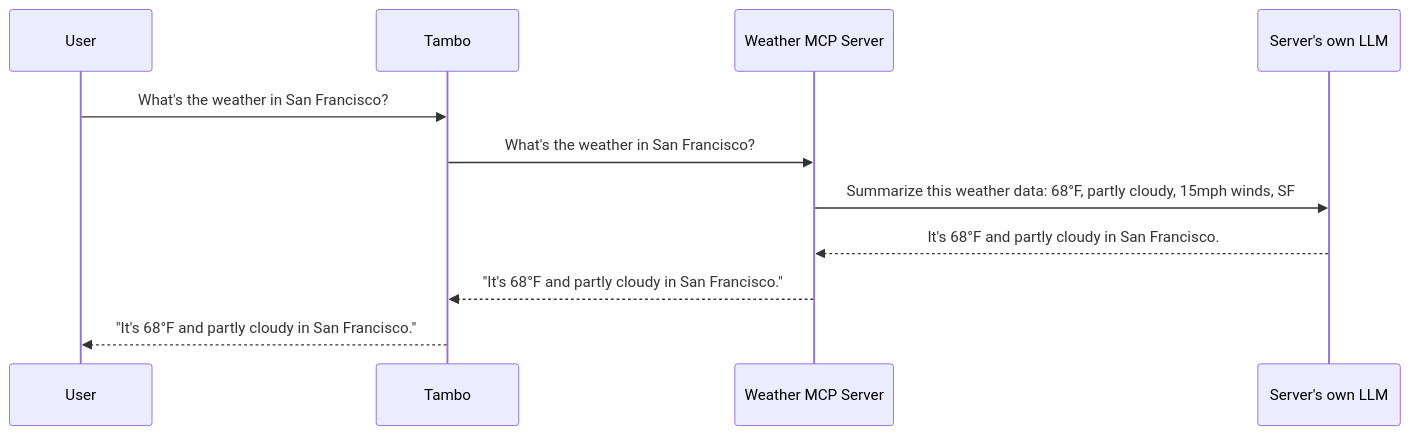
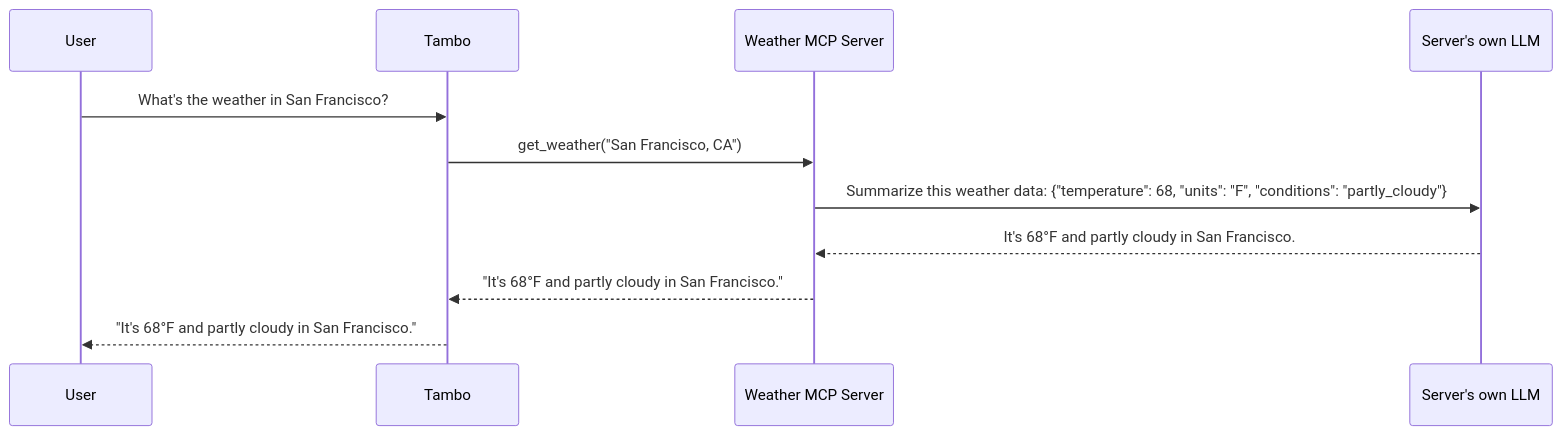
Before and after one commit to tambo-ai/tambo-cloud: the first of 2 diagrams in apps/web/app/blog/posts/mcp-sampling-support/page.mdx, drawn with Mermaid. The commit also changed other lines of this file, not shown here.

Commit message:
update diagrams

````diff
--- a/apps/web/app/blog/posts/mcp-sampling-support/page.mdx
+++ b/apps/web/app/blog/posts/mcp-sampling-support/page.mdx
@@ -33,15 +33,15 @@
 ```mermaid
 sequenceDiagram
     participant U as User
     participant T as Tambo
     participant M as Weather MCP Server
     participant L as Server's own LLM
 
     U->>T: What's the weather in San Francisco?
-    T->>M: What's the weather in San Francisco?
-    M->>L: Summarize this weather data: 68°F, partly cloudy, 15mph winds, SF
+    T->>M: get_weather("San Francisco, CA");
+    M->>L: Summarize this weather data: {"temperature": 68, "units": "F", "conditions": "partly_cloudy"}
     L-->>M: It's 68°F and partly cloudy in San Francisco.
     M-->>T: "It's 68°F and partly cloudy in San Francisco."
     T-->>U: "It's 68°F and partly cloudy in San Francisco."
 
 ```
````
